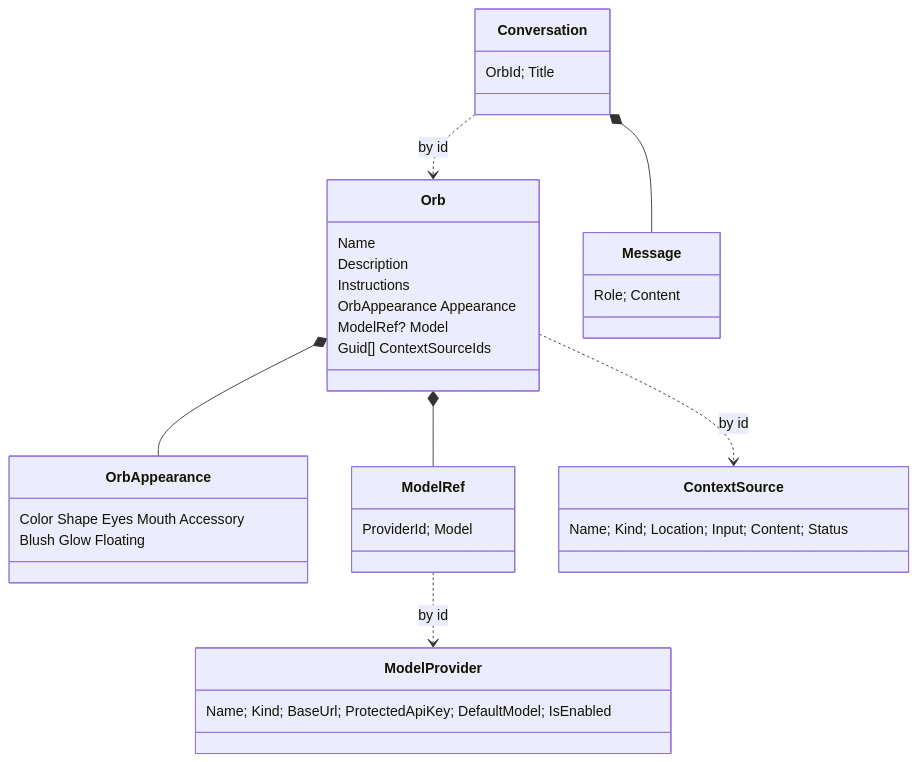
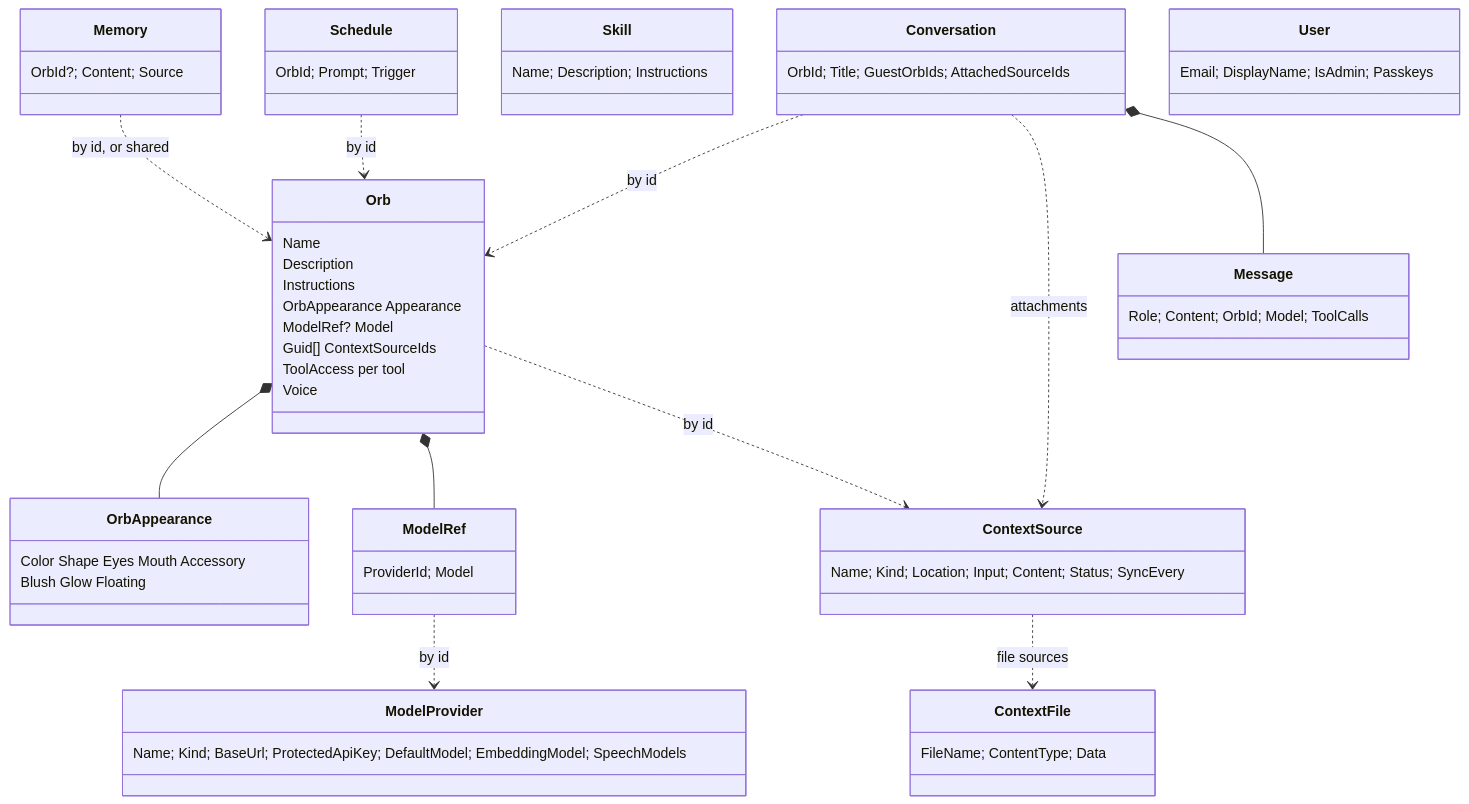
The second of 3 diagrams in docs/architecture/05-building-block-view.md (stijntersteege/orbs), drawn with Mermaid before and after one commit. The commit also changed other lines of this file and 25 other files, not shown here.

````diff
--- a/docs/architecture/05-building-block-view.md
+++ b/docs/architecture/05-building-block-view.md
@@ -34,26 +34,37 @@
 ```mermaid
 classDiagram
   class Orb {
     Name
     Description
     Instructions
     OrbAppearance Appearance
     ModelRef? Model
     Guid[] ContextSourceIds
+    ToolAccess per tool
+    Voice
   }
   class OrbAppearance {
     Color Shape Eyes Mouth Accessory
     Blush Glow Floating
   }
   class ModelRef { ProviderId; Model }
-  class ModelProvider { Name; Kind; BaseUrl; ProtectedApiKey; DefaultModel; IsEnabled }
-  class ContextSource { Name; Kind; Location; Input; Content; Status }
-  class Conversation { OrbId; Title }
-  class Message { Role; Content }
+  class ModelProvider { Name; Kind; BaseUrl; ProtectedApiKey; DefaultModel; EmbeddingModel; SpeechModels }
+  class ContextSource { Name; Kind; Location; Input; Content; Status; SyncEvery }
+  class ContextFile { FileName; ContentType; Data }
+  class Conversation { OrbId; Title; GuestOrbIds; AttachedSourceIds }
+  class Message { Role; Content; OrbId; Model; ToolCalls }
+  class Memory { OrbId?; Content; Source }
+  class Skill { Name; Description; Instructions }
+  class Schedule { OrbId; Prompt; Trigger }
+  class User { Email; DisplayName; IsAdmin; Passkeys }
   Orb *-- OrbAppearance
   Orb *-- ModelRef
   Orb ..> ContextSource : by id
   ModelRef ..> ModelProvider : by id
+  ContextSource ..> ContextFile : file sources
   Conversation ..> Orb : by id
+  Conversation ..> ContextSource : attachments
   Conversation *-- Message
+  Memory ..> Orb : by id, or shared
+  Schedule ..> Orb : by id
 ```
````
